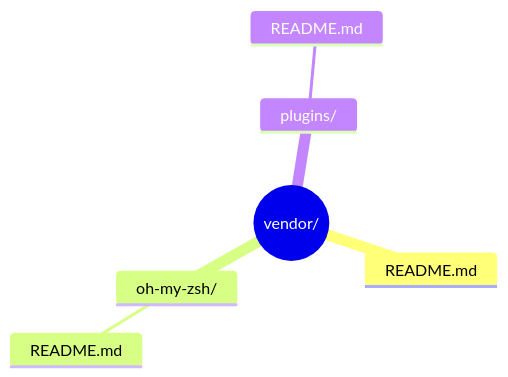
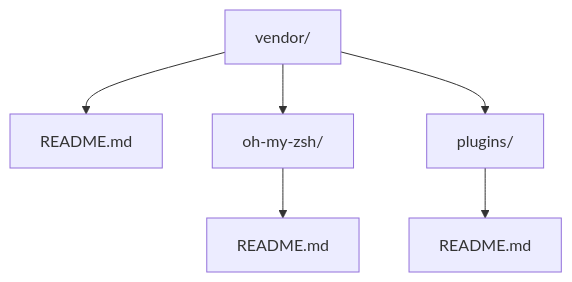
Diagram 13 of 14 in docs/Inventory/Omniforge-Inventory.md (Runndownn/Omniforge), drawn with Mermaid before and after one commit. The commit also changed other lines of this file and 5 other files, not shown here.

````diff
--- a/docs/Inventory/Omniforge-Inventory.md
+++ b/docs/Inventory/Omniforge-Inventory.md
@@ -377,9 +369,8 @@
 ```mermaid
-mindmap
-    root((vendor/))
-        README.md
-        oh-my-zsh/
-            README.md
-        plugins/
-            README.md
+flowchart TD
+    VENDOR[vendor/] --> VENDOR_README[README.md]
+    VENDOR --> VENDOR_OMZ[oh-my-zsh/]
+    VENDOR_OMZ --> VENDOR_OMZ_README[README.md]
+    VENDOR --> VENDOR_PLUGINS[plugins/]
+    VENDOR_PLUGINS --> VENDOR_PLUGINS_README[README.md]
 ```
````
